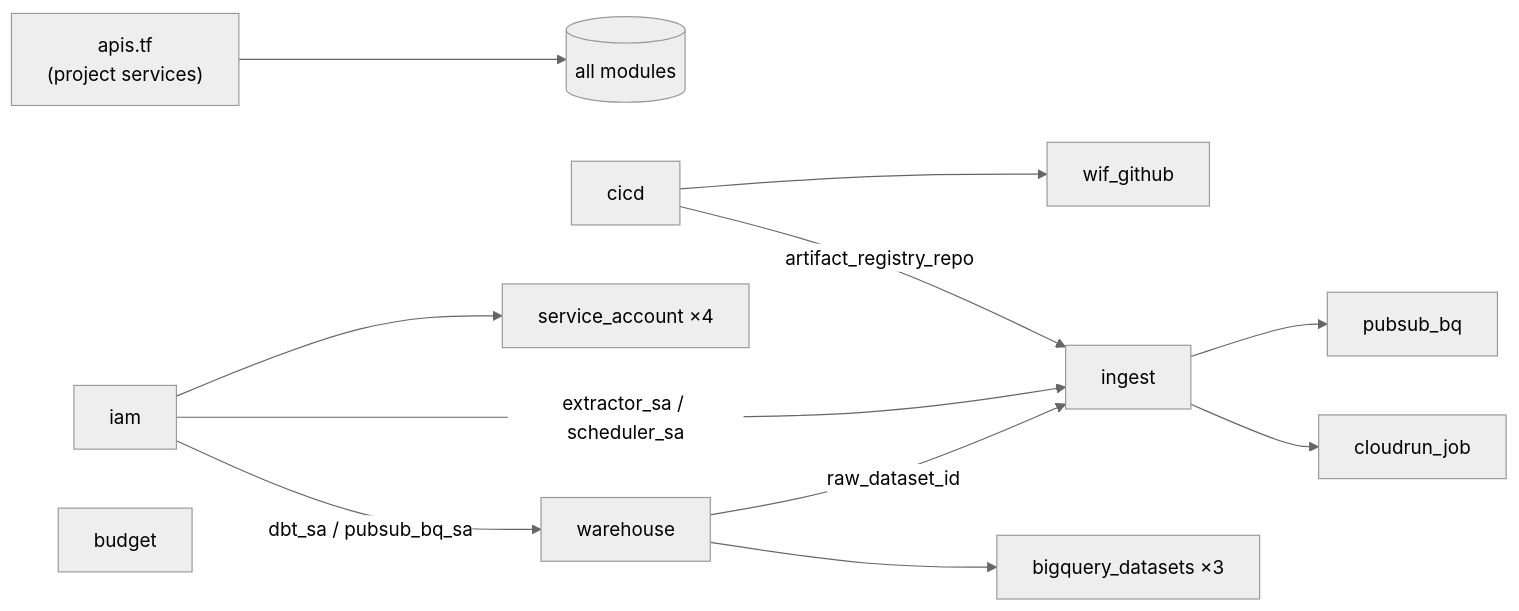
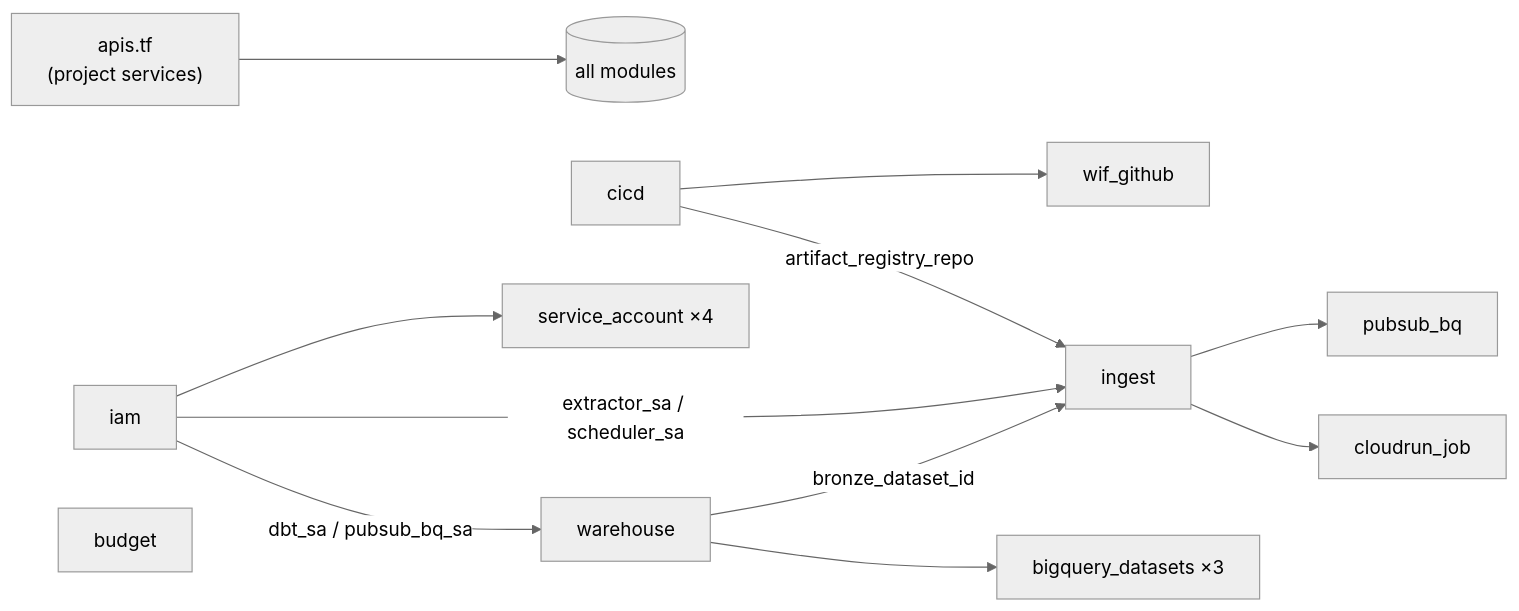
One commit to RobertGleison/gcp-demo-pipeline changed the second of 4 diagrams in README.md. Above: the diagram before and after it, drawn with Mermaid (neutral theme). The commit also changed other lines of this file and 19 other files, not shown here.

````diff
--- a/README.md
+++ b/README.md
@@ -152,14 +151,14 @@
 ```mermaid
 flowchart LR
     APIS["apis.tf<br/>(project services)"] --> ALL[(all modules)]
     CICD[cicd] --> WIF[wif_github]
     IAM[iam] --> SA[service_account ×4]
     CICD -- artifact_registry_repo --> INGEST[ingest]
     IAM -- extractor_sa / scheduler_sa --> INGEST
     IAM -- dbt_sa / pubsub_bq_sa --> WH[warehouse]
-    WH -- raw_dataset_id --> INGEST
+    WH -- bronze_dataset_id --> INGEST
     INGEST --> PUBSUB[pubsub_bq]
     INGEST --> CRJ[cloudrun_job]
     WH --> BQDS[bigquery_datasets ×3]
     BUDGET[budget]
 ```
````
